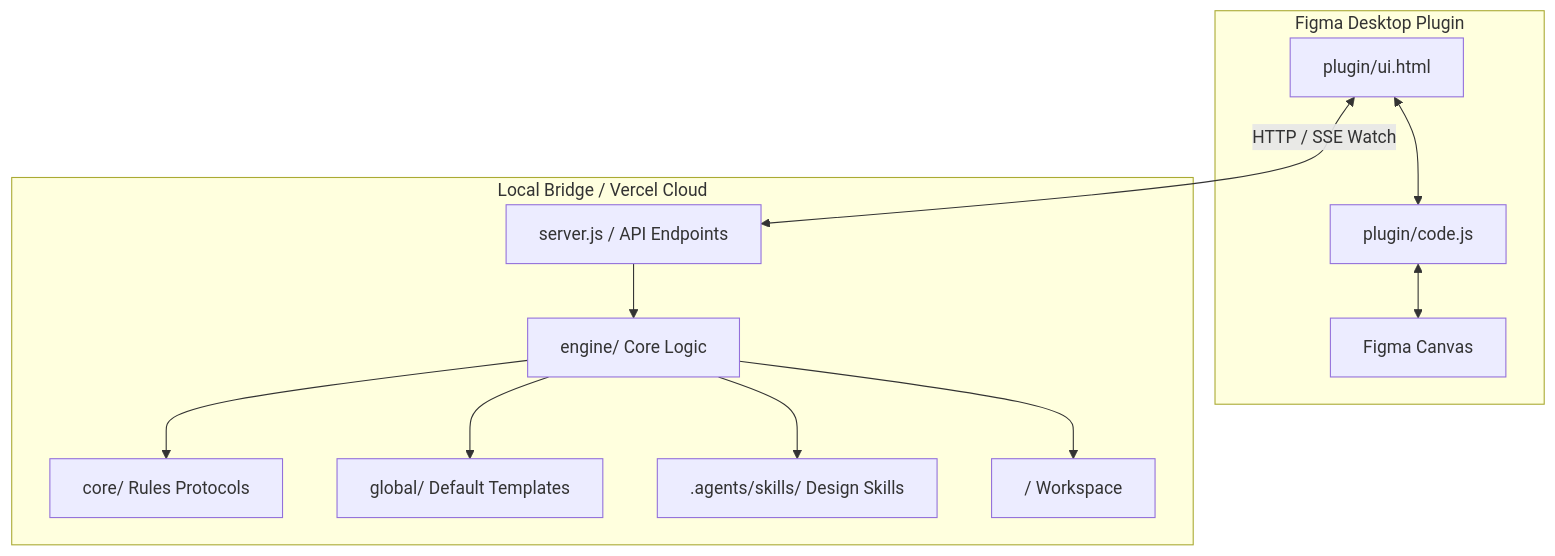
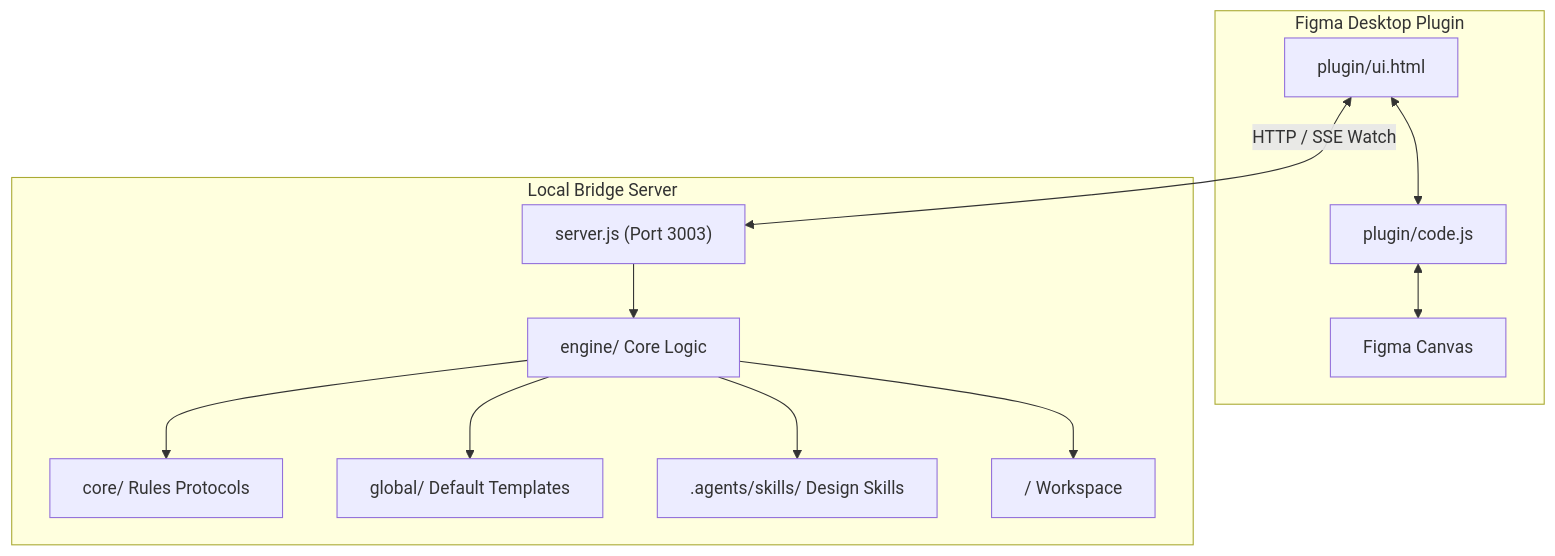
One commit to Anshul2021/Figma-Mcp changed the second of 2 diagrams in README.md. Above: the diagram before and after it, drawn with Mermaid. The commit also changed other lines of this file, not shown here.

````diff
--- a/README.md
+++ b/README.md
@@ -159,23 +265,23 @@
 ```mermaid
 flowchart TD
     subgraph FigmaClient["Figma Desktop Plugin"]
         UI["plugin/ui.html"] <--> CODE["plugin/code.js"]
         CODE <--> CANVAS["Figma Canvas"]
     end
 
-    subgraph NodeServer["Local Bridge / Vercel Cloud"]
-        SERVER["server.js / API Endpoints"]
+    subgraph NodeServer["Local Bridge Server"]
+        SERVER["server.js (Port 3003)"]
         ENGINE["engine/ Core Logic"]
         CORE["core/ Rules Protocols"]
         GLOBAL["global/ Default Templates"]
         SKILLS[".agents/skills/ Design Skills"]
         PROJECTS["<Project_Name>/ Workspace"]
     end
 
     UI <-->|HTTP / SSE Watch| SERVER
     SERVER --> ENGINE
     ENGINE --> CORE
     ENGINE --> GLOBAL
     ENGINE --> SKILLS
     ENGINE --> PROJECTS
 ```
````
